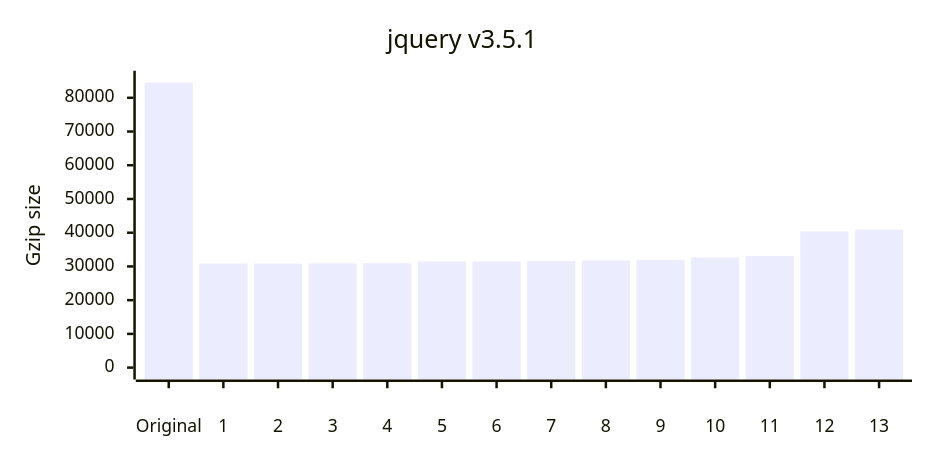
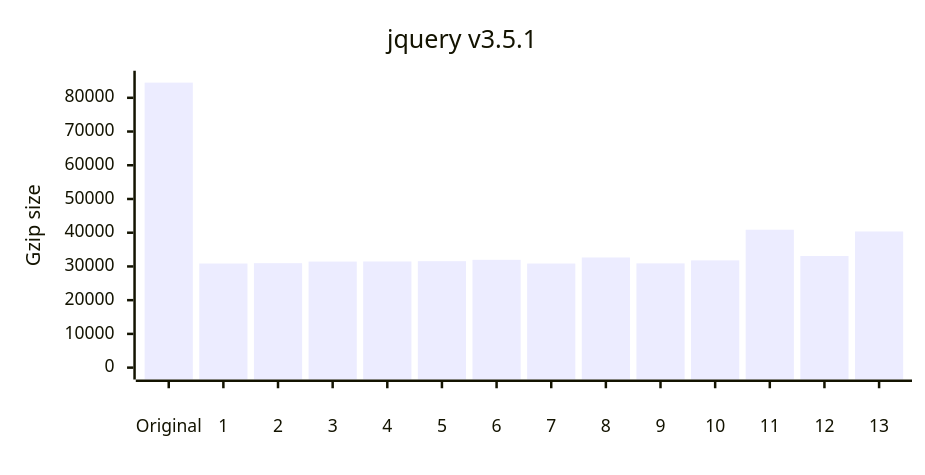
One commit to privatenumber/minification-benchmarks changed the third of 12 diagrams in README.md. Above: the diagram before and after it, drawn with Mermaid. The commit also changed other lines of this file and 6 other files, not shown here.

````diff
--- a/README.md
+++ b/README.md
@@ -160,17 +168,17 @@
 ```mermaid
 ---
 config:
     xyChart:
         width: 720
         height: 360
         xAxis:
             labelPadding: 20
         yAxis:
             labelPadding: 10
 ---
 xychart-beta
 	title "jquery v3.5.1"
 	x-axis ["Original",1,2,3,4,5,6,7,8,9,10,11,12,13]
 	y-axis "Gzip size" 0 --> 84498
-	bar [84498,30856,30866,30903,30966,31446,31470,31555,31799,31954,32653,33092,40365,40879]
+	bar [84498,30866,30966,31446,31470,31555,31954,30856,32653,30903,31799,40879,33092,40365]
 ```
````
